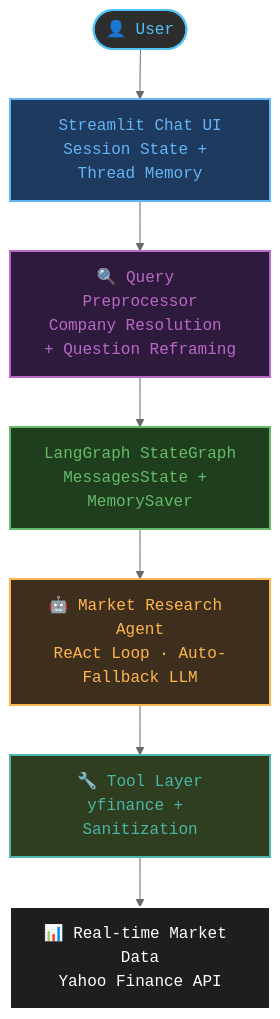
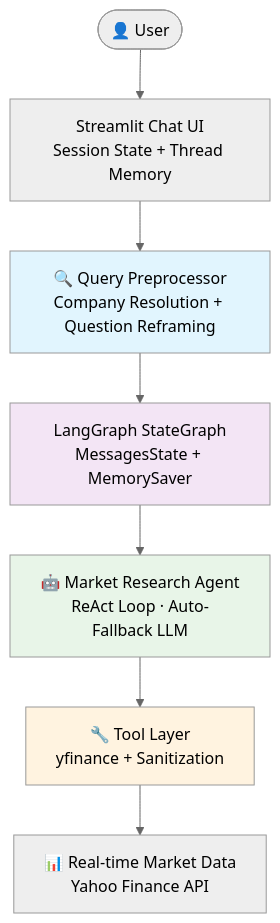
One commit to damerlaroja/fintech-ai-agent-playground changed the diagram in README.md. Above: the diagram before and after it, drawn with Mermaid (neutral theme). The commit also changed other lines of this file, not shown here.

Commit message:
docs: restore README to correct version

````diff
--- a/README.md
+++ b/README.md
@@ -63,25 +63,14 @@
 ```mermaid
 flowchart TD
     User([👤 User]) --> UI[Streamlit Chat UI\nSession State + Thread Memory]
     UI --> QP[🔍 Query Preprocessor\nCompany Resolution + Question Reframing]
     QP --> WF[LangGraph StateGraph\nMessagesState + MemorySaver]
     WF --> MA[🤖 Market Research Agent\nReAct Loop · Auto-Fallback LLM]
     MA --> TOOLS[🔧 Tool Layer\nyfinance + Sanitization]
     TOOLS --> DATA[📊 Real-time Market Data\nYahoo Finance API]
     
-    classDef default fill:#1e1e1e,stroke:#ffffff,stroke-width:2px,color:#ffffff,font-family:monospace
-    classDef userNode fill:#2d2d2d,stroke:#4fc3f7,stroke-width:2px,color:#4fc3f7,font-family:monospace
-    classDef preprocessorNode fill:#1e3a5f,stroke:#64b5f6,stroke-width:2px,color:#64b5f6,font-family:monospace
-    classDef workflowNode fill:#2e1a3d,stroke:#ba68c8,stroke-width:2px,color:#ba68c8,font-family:monospace
-    classDef agentNode fill:#1e3e1e,stroke:#66bb6a,stroke-width:2px,color:#66bb6a,font-family:monospace
-    classDef toolNode fill:#3e2e1e,stroke:#ffb74d,stroke-width:2px,color:#ffb74d,font-family:monospace
-    classDef dataNode fill:#2e3e1e,stroke:#4db6ac,stroke-width:2px,color:#4db6ac,font-family:monospace
-    
-    class User userNode
-    class UI preprocessorNode
-    class QP workflowNode
-    class WF agentNode
-    class MA toolNode
-    class TOOLS dataNode
-    class DATA default
+    style QP fill:#e1f5fe
+    style WF fill:#f3e5f5
+    style MA fill:#e8f5e8
+    style TOOLS fill:#fff3e0
 ```
````
